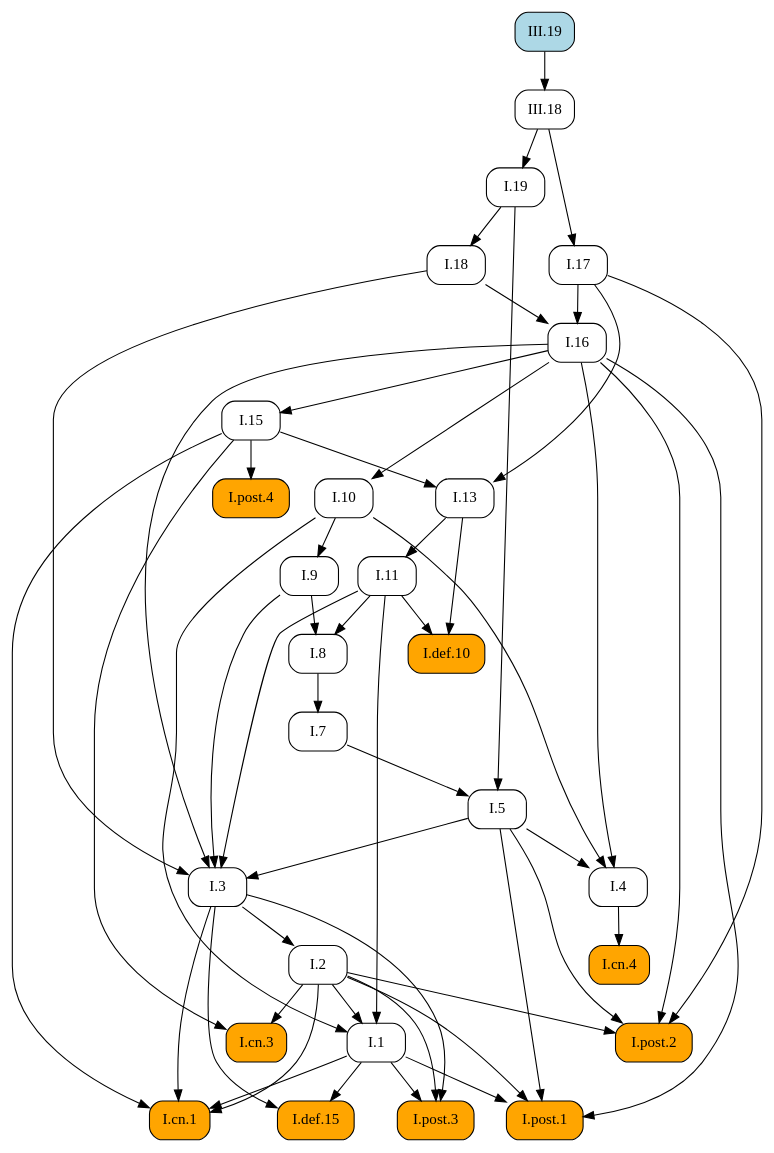
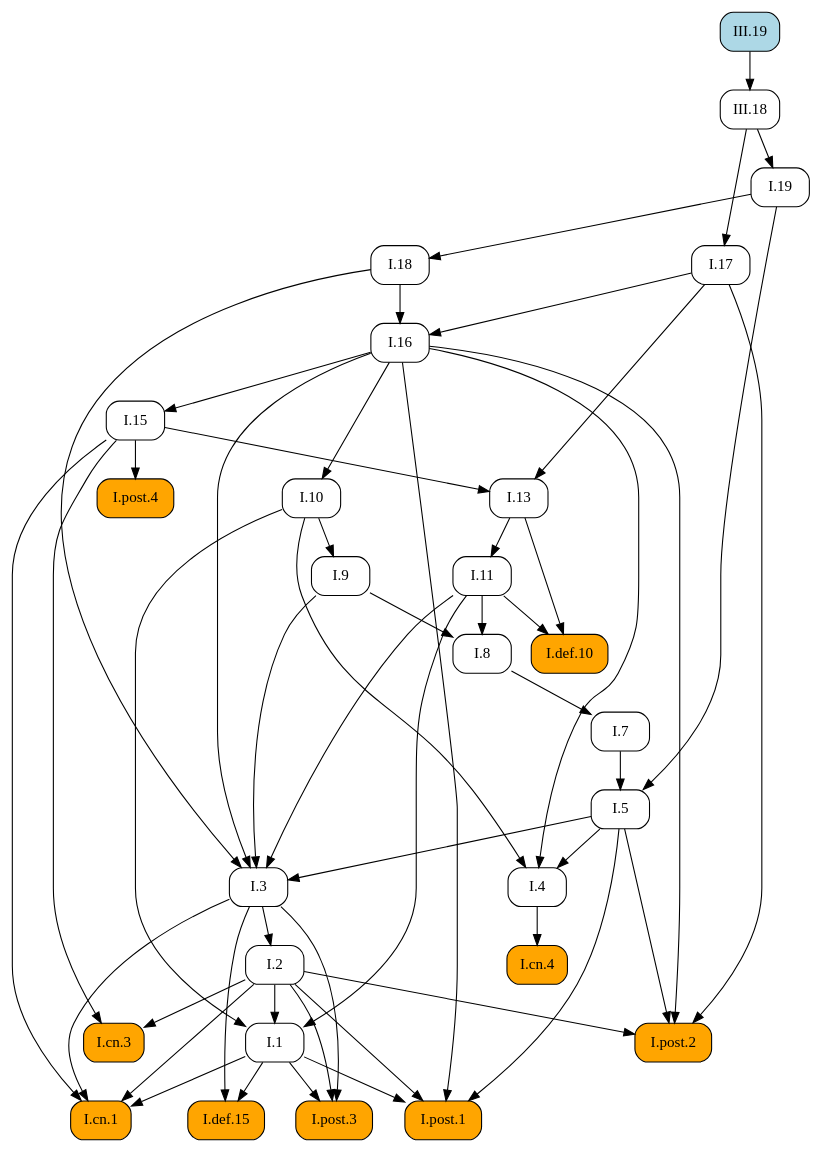
One commit to geometor/elements changed the diagram in docsrc/heath/III/19/index.rst. Above: the diagram before and after it, drawn with Graphviz. The commit also changed other lines of this file and 1029 other files, not shown here.

```diff
--- a/docsrc/heath/III/19/index.rst
+++ b/docsrc/heath/III/19/index.rst
@@ -53,83 +53,83 @@
    digraph {
      rankdir="TB";
      node [shape=box, style=rounded];
+     "I.def.10" [style="rounded,filled", fillcolor=orange, URL="/heath/I/def.10/", target="_top"];
+     "I.11" [URL="/heath/I/11/", target="_top"];
+     "I.post.4" [style="rounded,filled", fillcolor=orange, URL="/heath/I/post.4/", target="_top"];
+     "I.1" [URL="/heath/I/1/", target="_top"];
+     "I.7" [URL="/heath/I/7/", target="_top"];
+     "I.3" [URL="/heath/I/3/", target="_top"];
+     "I.2" [URL="/heath/I/2/", target="_top"];
+     "I.4" [URL="/heath/I/4/", target="_top"];
      "I.13" [URL="/heath/I/13/", target="_top"];
+     "I.17" [URL="/heath/I/17/", target="_top"];
+     "III.19" [style="rounded,filled", fillcolor=lightblue, URL="/heath/III/19/", target="_top"];
+     "I.post.2" [style="rounded,filled", fillcolor=orange, URL="/heath/I/post.2/", target="_top"];
+     "I.18" [URL="/heath/I/18/", target="_top"];
+     "I.16" [URL="/heath/I/16/", target="_top"];
+     "I.def.15" [style="rounded,filled", fillcolor=orange, URL="/heath/I/def.15/", target="_top"];
+     "I.19" [URL="/heath/I/19/", target="_top"];
+     "I.post.3" [style="rounded,filled", fillcolor=orange, URL="/heath/I/post.3/", target="_top"];
+     "I.9" [URL="/heath/I/9/", target="_top"];
+     "I.cn.1" [style="rounded,filled", fillcolor=orange, URL="/heath/I/cn.1/", target="_top"];
      "I.cn.3" [style="rounded,filled", fillcolor=orange, URL="/heath/I/cn.3/", target="_top"];
+     "I.8" [URL="/heath/I/8/", target="_top"];
+     "I.cn.4" [style="rounded,filled", fillcolor=orange, URL="/heath/I/cn.4/", target="_top"];
+     "I.15" [URL="/heath/I/15/", target="_top"];
+     "I.post.1" [style="rounded,filled", fillcolor=orange, URL="/heath/I/post.1/", target="_top"];
+     "I.10" [URL="/heath/I/10/", target="_top"];
+     "III.18" [URL="/heath/III/18/", target="_top"];
      "I.5" [URL="/heath/I/5/", target="_top"];
-     "I.11" [URL="/heath/I/11/", target="_top"];
-     "I.7" [URL="/heath/I/7/", target="_top"];
-     "I.10" [URL="/heath/I/10/", target="_top"];
-     "I.4" [URL="/heath/I/4/", target="_top"];
-     "I.3" [URL="/heath/I/3/", target="_top"];
-     "I.16" [URL="/heath/I/16/", target="_top"];
-     "I.8" [URL="/heath/I/8/", target="_top"];
-     "I.9" [URL="/heath/I/9/", target="_top"];
-     "I.def.10" [style="rounded,filled", fillcolor=orange, URL="/heath/I/def.10/", target="_top"];
-     "I.post.4" [style="rounded,filled", fillcolor=orange, URL="/heath/I/post.4/", target="_top"];
-     "I.post.2" [style="rounded,filled", fillcolor=orange, URL="/heath/I/post.2/", target="_top"];
-     "I.2" [URL="/heath/I/2/", target="_top"];
-     "I.def.15" [style="rounded,filled", fillcolor=orange, URL="/heath/I/def.15/", target="_top"];
-     "I.1" [URL="/heath/I/1/", target="_top"];
-     "I.post.3" [style="rounded,filled", fillcolor=orange, URL="/heath/I/post.3/", target="_top"];
-     "I.post.1" [style="rounded,filled", fillcolor=orange, URL="/heath/I/post.1/", target="_top"];
-     "III.18" [URL="/heath/III/18/", target="_top"];
-     "III.19" [style="rounded,filled", fillcolor=lightblue, URL="/heath/III/19/", target="_top"];
-     "I.cn.4" [style="rounded,filled", fillcolor=orange, URL="/heath/I/cn.4/", target="_top"];
-     "I.cn.1" [style="rounded,filled", fillcolor=orange, URL="/heath/I/cn.1/", target="_top"];
-     "I.15" [URL="/heath/I/15/", target="_top"];
-     "I.17" [URL="/heath/I/17/", target="_top"];
-     "I.19" [URL="/heath/I/19/", target="_top"];
-     "I.18" [URL="/heath/I/18/", target="_top"];
-     "I.15" -> "I.13";
-     "I.17" -> "I.13";
-     "I.2" -> "I.cn.3";
-     "I.15" -> "I.cn.3";
-     "I.7" -> "I.5";
-     "I.19" -> "I.5";
+     "I.11" -> "I.def.10";
+     "I.13" -> "I.def.10";
      "I.13" -> "I.11";
+     "I.15" -> "I.post.4";
+     "I.2" -> "I.1";
+     "I.10" -> "I.1";
+     "I.11" -> "I.1";
      "I.8" -> "I.7";
-     "I.16" -> "I.10";
-     "I.5" -> "I.4";
-     "I.10" -> "I.4";
-     "I.16" -> "I.4";
      "I.5" -> "I.3";
      "I.9" -> "I.3";
      "I.11" -> "I.3";
      "I.16" -> "I.3";
      "I.18" -> "I.3";
-     "I.17" -> "I.16";
-     "I.18" -> "I.16";
-     "I.9" -> "I.8";
-     "I.11" -> "I.8";
-     "I.10" -> "I.9";
-     "I.11" -> "I.def.10";
-     "I.13" -> "I.def.10";
-     "I.15" -> "I.post.4";
+     "I.3" -> "I.2";
+     "I.5" -> "I.4";
+     "I.10" -> "I.4";
+     "I.16" -> "I.4";
+     "I.15" -> "I.13";
+     "I.17" -> "I.13";
+     "III.18" -> "I.17";
      "I.2" -> "I.post.2";
      "I.5" -> "I.post.2";
      "I.16" -> "I.post.2";
      "I.17" -> "I.post.2";
-     "I.3" -> "I.2";
+     "I.19" -> "I.18";
+     "I.17" -> "I.16";
+     "I.18" -> "I.16";
      "I.1" -> "I.def.15";
      "I.3" -> "I.def.15";
-     "I.2" -> "I.1";
-     "I.10" -> "I.1";
-     "I.11" -> "I.1";
+     "III.18" -> "I.19";
      "I.1" -> "I.post.3";
      "I.2" -> "I.post.3";
      "I.3" -> "I.post.3";
+     "I.10" -> "I.9";
+     "I.1" -> "I.cn.1";
+     "I.2" -> "I.cn.1";
+     "I.3" -> "I.cn.1";
+     "I.15" -> "I.cn.1";
+     "I.2" -> "I.cn.3";
+     "I.15" -> "I.cn.3";
+     "I.9" -> "I.8";
+     "I.11" -> "I.8";
+     "I.4" -> "I.cn.4";
+     "I.16" -> "I.15";
      "I.1" -> "I.post.1";
      "I.2" -> "I.post.1";
      "I.5" -> "I.post.1";
      "I.16" -> "I.post.1";
+     "I.16" -> "I.10";
      "III.19" -> "III.18";
-     "I.4" -> "I.cn.4";
-     "I.1" -> "I.cn.1";
-     "I.2" -> "I.cn.1";
-     "I.3" -> "I.cn.1";
-     "I.15" -> "I.cn.1";
-     "I.16" -> "I.15";
-     "III.18" -> "I.17";
-     "III.18" -> "I.19";
-     "I.19" -> "I.18";
+     "I.7" -> "I.5";
+     "I.19" -> "I.5";
    }
```
